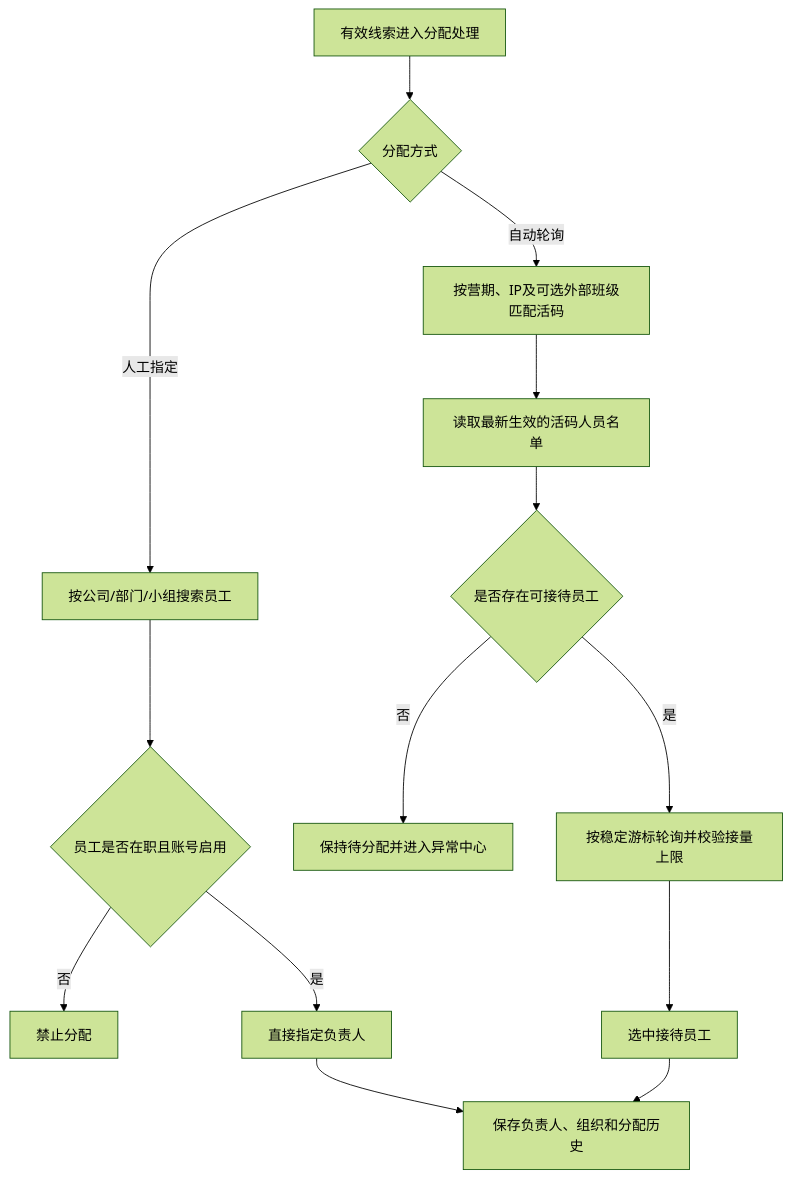
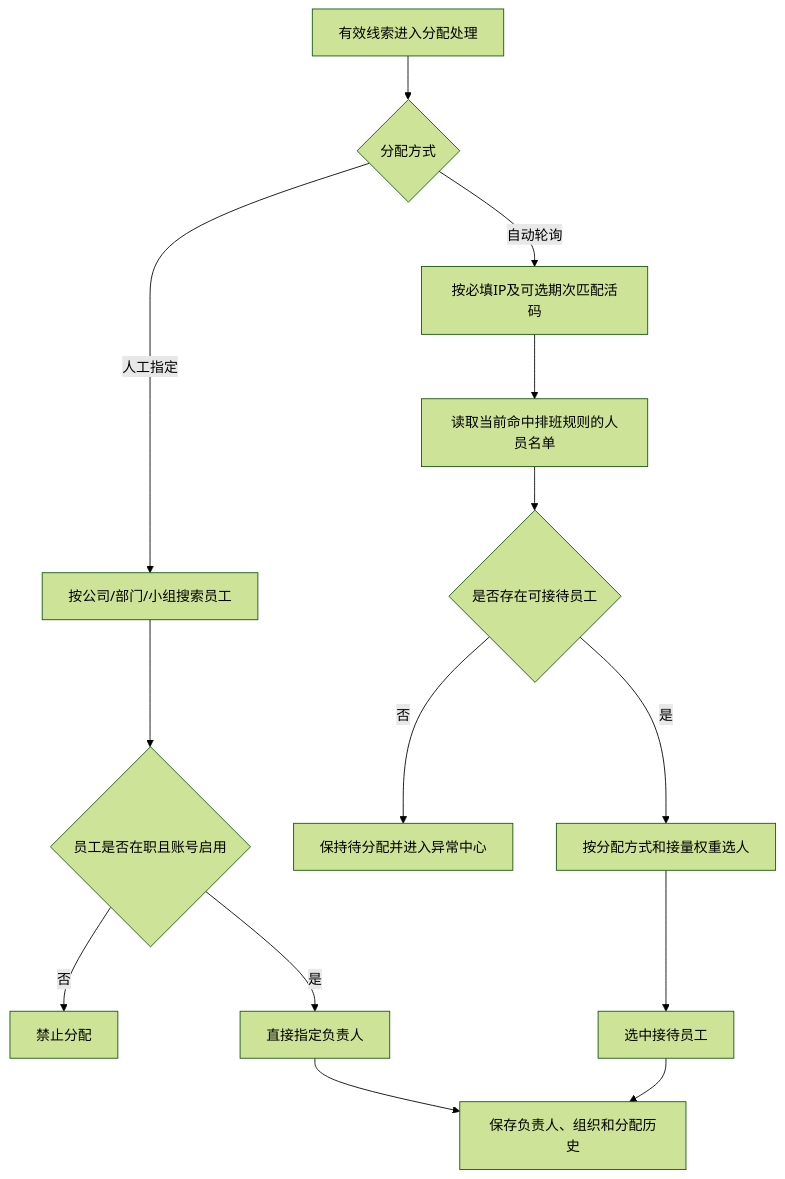
The fifth of 9 diagrams in docs/authoritative/合数BOSS V1.0整体业务流程与关键规则.md (freya-pr/heshu-boss-demo), drawn with Mermaid (forest theme) before and after one commit. The commit also changed other lines of this file and 25 other files, not shown here.

````diff
--- a/docs/authoritative/合数BOSS V1.0整体业务流程与关键规则.md
+++ b/docs/authoritative/合数BOSS V1.0整体业务流程与关键规则.md
@@ -308,16 +319,16 @@
 ```mermaid
 flowchart TD
     A["有效线索进入分配处理"] --> B{"分配方式"}
     B -- "人工指定" --> C["按公司/部门/小组搜索员工"]
     C --> D{"员工是否在职且账号启用"}
     D -- "否" --> X["禁止分配"]
     D -- "是" --> E["直接指定负责人"]
-    B -- "自动轮询" --> F["按营期、IP及可选外部班级匹配活码"]
-    F --> G["读取最新生效的活码人员名单"]
+    B -- "自动轮询" --> F["按必填IP及可选期次匹配活码"]
+    F --> G["读取当前命中排班规则的人员名单"]
     G --> H{"是否存在可接待员工"}
     H -- "否" --> Y["保持待分配并进入异常中心"]
-    H -- "是" --> I["按稳定游标轮询并校验接量上限"]
+    H -- "是" --> I["按分配方式和接量权重选人"]
     I --> J["选中接待员工"]
     E --> K["保存负责人、组织和分配历史"]
     J --> K
 ```
````
